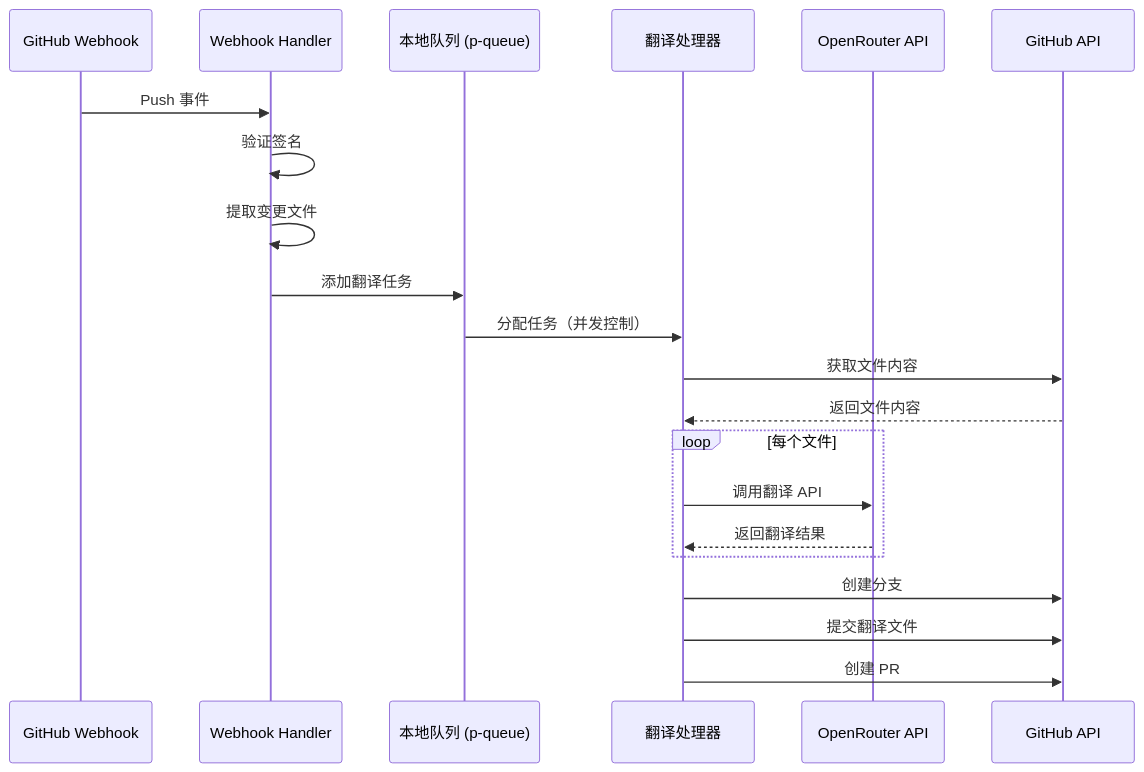
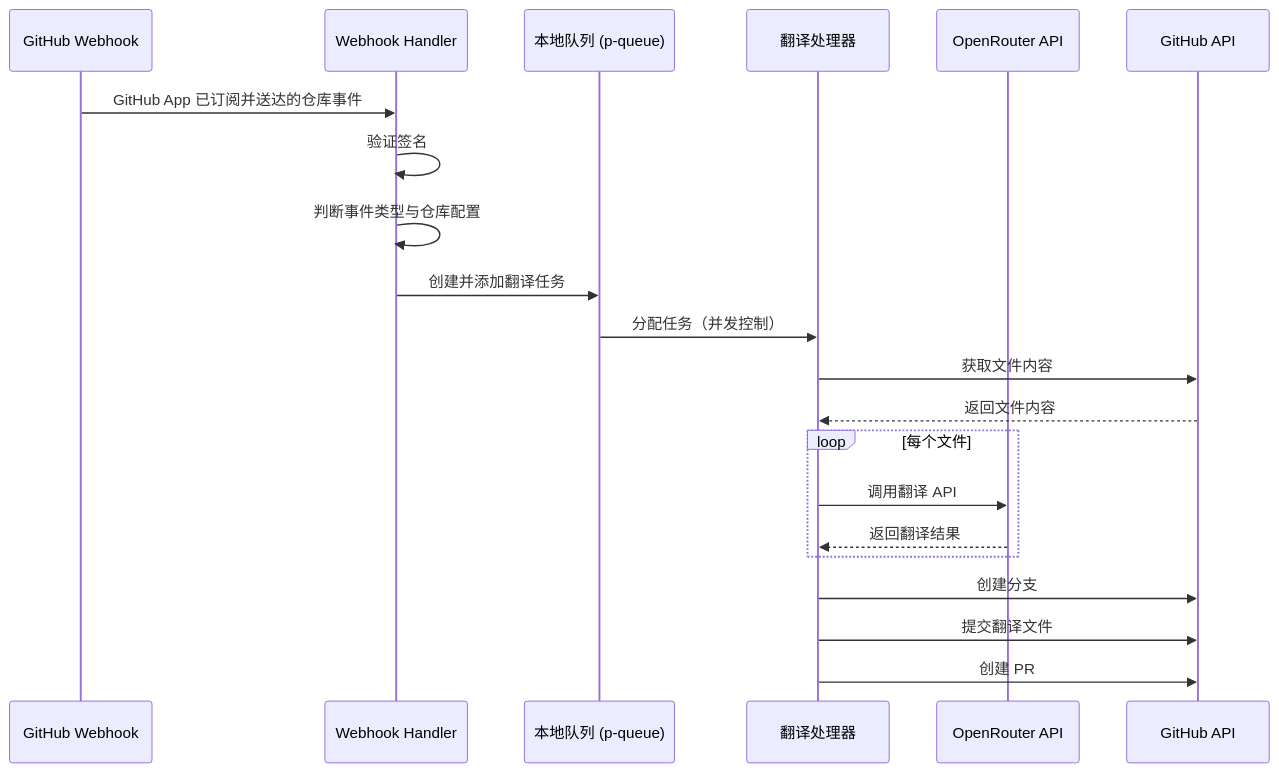
The second of 2 diagrams in docs/技术实现方案文档.md (isPirate/github-global), drawn with Mermaid before and after one commit. The commit also changed other lines of this file and 15 other files, not shown here.

First line of the commit message:
feat: 统一 GitHub App webhook 自动触发流程

````diff
--- a/docs/技术实现方案文档.md
+++ b/docs/技术实现方案文档.md
@@ -1591,27 +1589,27 @@
 ```mermaid
 sequenceDiagram
     participant Webhook as GitHub Webhook
     participant Handler as Webhook Handler
     participant Queue as 本地队列 (p-queue)
     participant Processer as 翻译处理器
     participant OpenRouter as OpenRouter API
     participant GitHub as GitHub API
 
-    Webhook->>Handler: Push 事件
+    Webhook->>Handler: GitHub App 已订阅并送达的仓库事件
     Handler->>Handler: 验证签名
-    Handler->>Handler: 提取变更文件
-    Handler->>Queue: 添加翻译任务
+    Handler->>Handler: 判断事件类型与仓库配置
+    Handler->>Queue: 创建并添加翻译任务
     Queue->>Processer: 分配任务（并发控制）
 
     Processer->>GitHub: 获取文件内容
     GitHub-->>Processer: 返回文件内容
 
     loop 每个文件
         Processer->>OpenRouter: 调用翻译 API
         OpenRouter-->>Processer: 返回翻译结果
     end
 
     Processer->>GitHub: 创建分支
     Processer->>GitHub: 提交翻译文件
     Processer->>GitHub: 创建 PR
 ```
````
